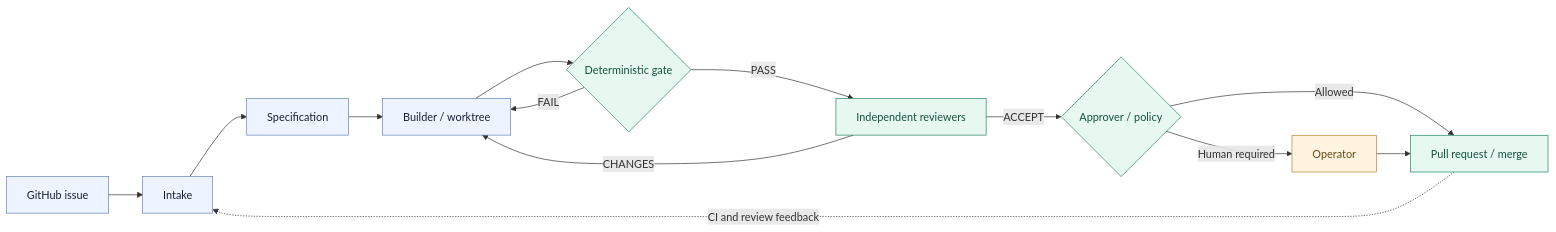
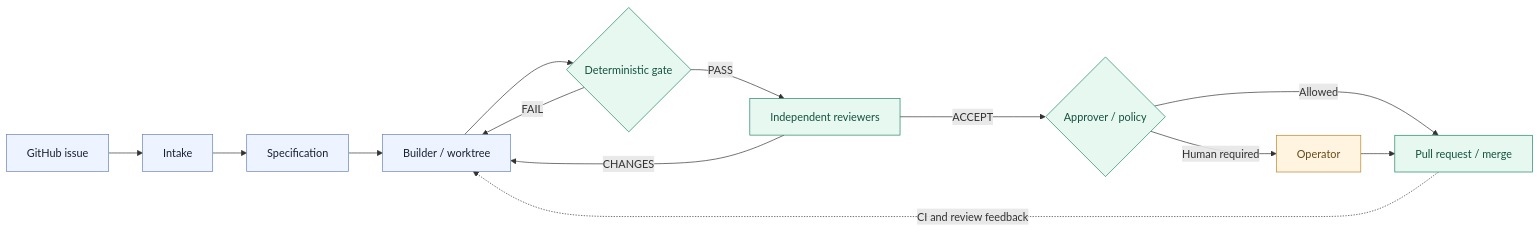
One commit to harry738/HyperSoftwareFactory changed the first of 4 diagrams in README.md. Above: the diagram before and after it, drawn with Mermaid. The commit also changed other lines of this file, not shown here.

````diff
--- a/README.md
+++ b/README.md
@@ -75,21 +75,21 @@
 ```mermaid
 flowchart LR
     I["GitHub issue"] --> T["Intake"]
     T --> S["Specification"]
     S --> B["Builder / worktree"]
     B --> G{"Deterministic gate"}
     G -- FAIL --> B
     G -- PASS --> R["Independent reviewers"]
     R -- CHANGES --> B
     R -- ACCEPT --> A{"Approver / policy"}
     A -- "Human required" --> H["Operator"]
     A -- "Allowed" --> P["Pull request / merge"]
     H --> P
-    P -. "CI and review feedback" .-> T
+    P -. "CI and review feedback" .-> B
     classDef agent fill:#eef4ff,stroke:#6682b5,color:#172033
     classDef assure fill:#e7f8f1,stroke:#218364,color:#14523f
     classDef human fill:#fff4df,stroke:#b78329,color:#684a17
     class I,T,S,B agent
     class G,R,A,P assure
     class H human
 ```
````
